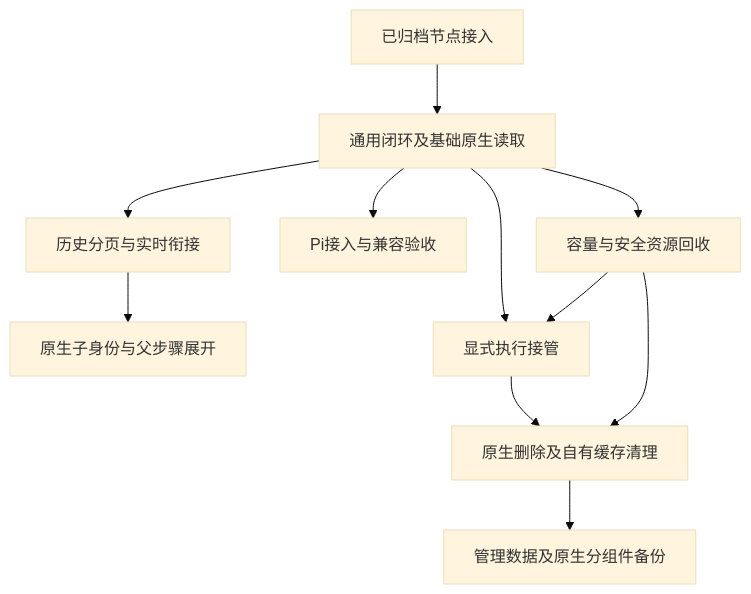
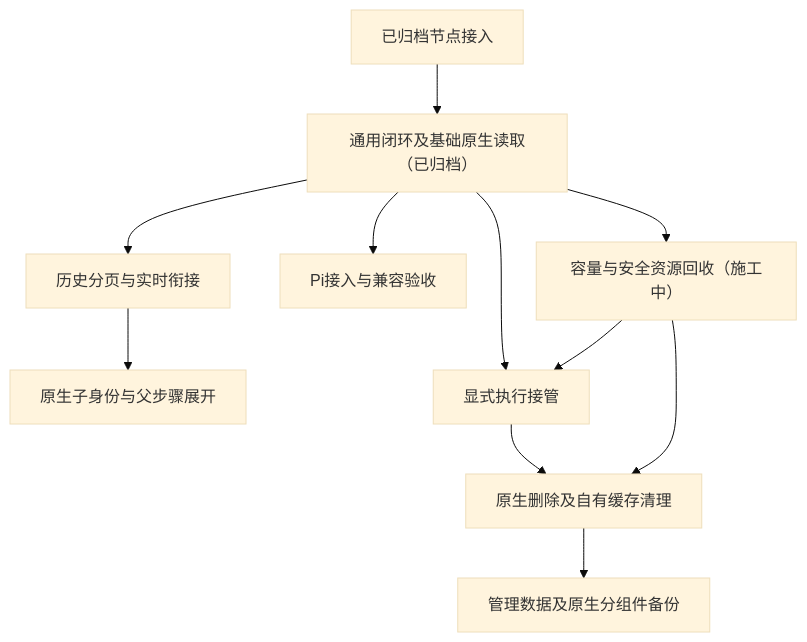
One commit to lindongfang/acp-remote changed the diagram in docs/REBUILD_CAPABILITY_MAP.md. Above: the diagram before and after it, drawn with Mermaid (base theme). The commit also changed other lines of this file and 50 other files, not shown here.

````diff
--- a/docs/REBUILD_CAPABILITY_MAP.md
+++ b/docs/REBUILD_CAPABILITY_MAP.md
@@ -40,13 +31,13 @@
 ```mermaid
 flowchart TD
-  A[已归档节点接入] --> B[通用闭环及基础原生读取]
-  B --> C[历史分页与实时衔接]
-  B --> D[Pi接入与兼容验收]
-  C --> F[原生子身份与父步骤展开]
-  B --> G[容量与安全资源回收]
-  B --> H[显式执行接管]
+  A["已归档节点接入"] --> B["通用闭环及基础原生读取（已归档）"]
+  B --> C["历史分页与实时衔接"]
+  B --> D["Pi接入与兼容验收"]
+  C --> F["原生子身份与父步骤展开"]
+  B --> G["容量与安全资源回收（施工中）"]
+  B --> H["显式执行接管"]
   G --> H
-  H --> I[原生删除及自有缓存清理]
+  H --> I["原生删除及自有缓存清理"]
   G --> I
-  I --> J[管理数据及原生分组件备份]
+  I --> J["管理数据及原生分组件备份"]
 ```
````
